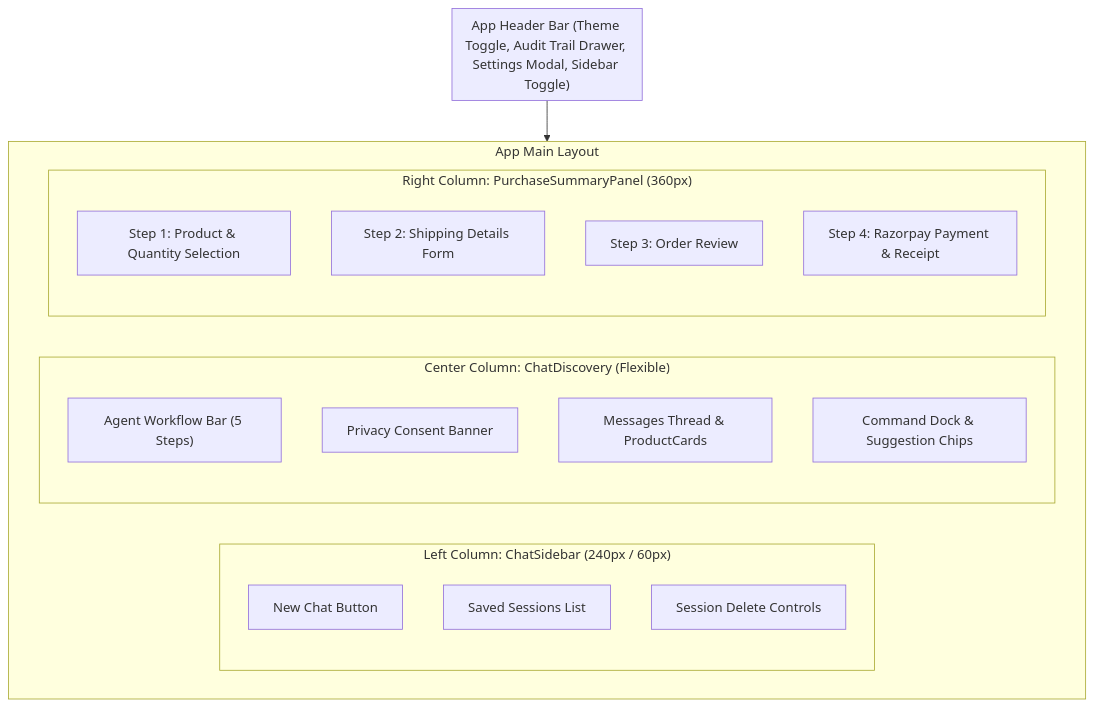
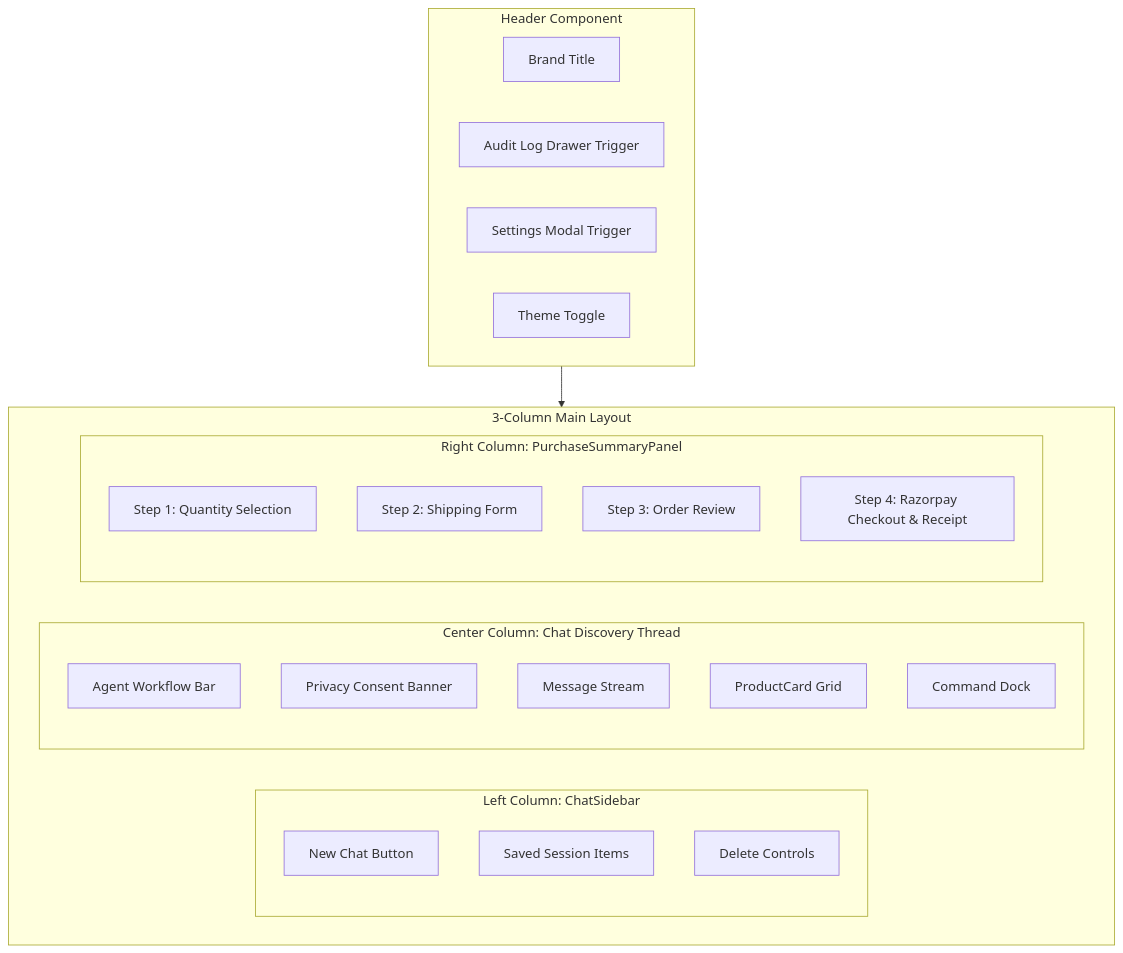
The first of 6 diagrams in README.md (Vijajraj/Razorpay_checkout_agent), drawn with Mermaid before and after one commit. The commit also changed other lines of this file, not shown here.

Commit message:
Update README.md: remove emojis, add rich ASCII and Mermaid visualizations, improve structure

````diff
--- a/README.md
+++ b/README.md
@@ -53,29 +81,34 @@
 ```mermaid
 graph TD
-    subgraph Header ["App Header Bar (Theme Toggle, Audit Trail Drawer, Settings Modal, Sidebar Toggle)"]
+    subgraph Header ["Header Component"]
+        H1["Brand Title"]
+        H2["Audit Log Drawer Trigger"]
+        H3["Settings Modal Trigger"]
+        H4["Theme Toggle"]
     end
 
-    subgraph Layout ["App Main Layout"]
-        subgraph LeftCol ["Left Column: ChatSidebar (240px / 60px)"]
-            LS1["New Chat Button"]
-            LS2["Saved Sessions List"]
-            LS3["Session Delete Controls"]
+    subgraph Layout ["3-Column Main Layout"]
+        subgraph LeftCol ["Left Column: ChatSidebar"]
+            L1["New Chat Button"]
+            L2["Saved Session Items"]
+            L3["Delete Controls"]
         end
 
-        subgraph CenterCol ["Center Column: ChatDiscovery (Flexible)"]
-            CC1["Agent Workflow Bar (5 Steps)"]
-            CC2["Privacy Consent Banner"]
-            CC3["Messages Thread & ProductCards"]
-            CC4["Command Dock & Suggestion Chips"]
+        subgraph CenterCol ["Center Column: Chat Discovery Thread"]
+            C1["Agent Workflow Bar"]
+            C2["Privacy Consent Banner"]
+            C3["Message Stream"]
+            C4["ProductCard Grid"]
+            C5["Command Dock"]
         end
 
-        subgraph RightCol ["Right Column: PurchaseSummaryPanel (360px)"]
-            RC1["Step 1: Product & Quantity Selection"]
-            RC2["Step 2: Shipping Details Form"]
-            RC3["Step 3: Order Review"]
-            RC4["Step 4: Razorpay Payment & Receipt"]
+        subgraph RightCol ["Right Column: PurchaseSummaryPanel"]
+            R1["Step 1: Quantity Selection"]
+            R2["Step 2: Shipping Form"]
+            R3["Step 3: Order Review"]
+            R4["Step 4: Razorpay Checkout & Receipt"]
         end
     end
 
     Header --> Layout
 ```
````
